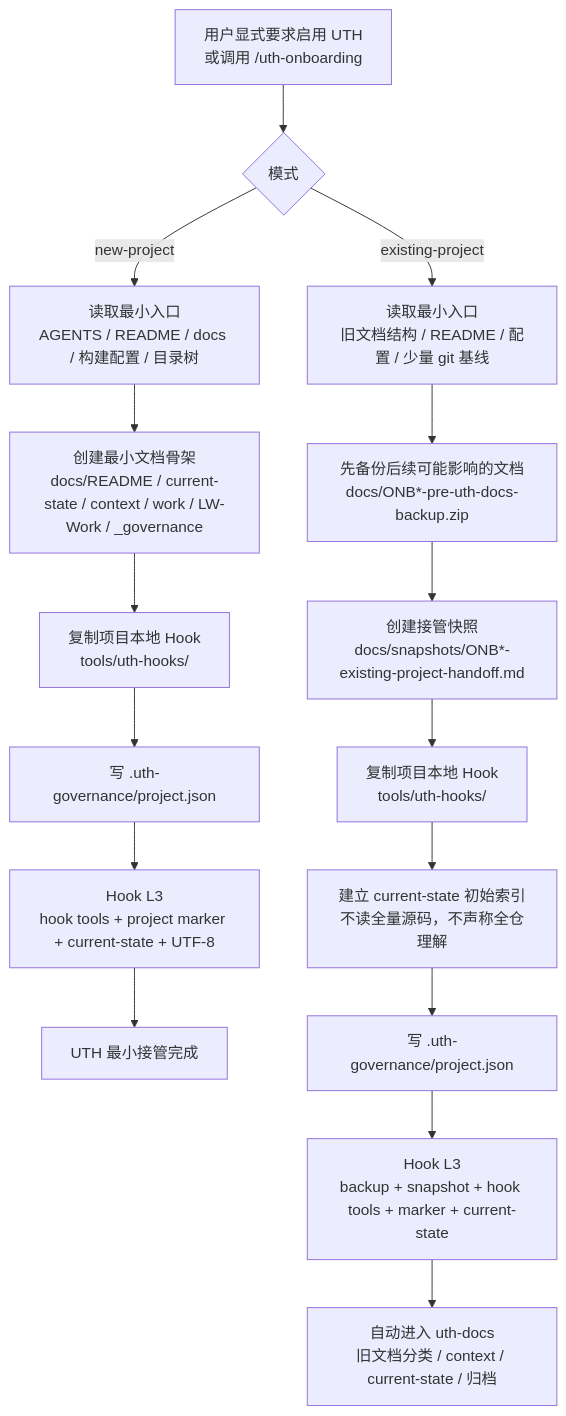
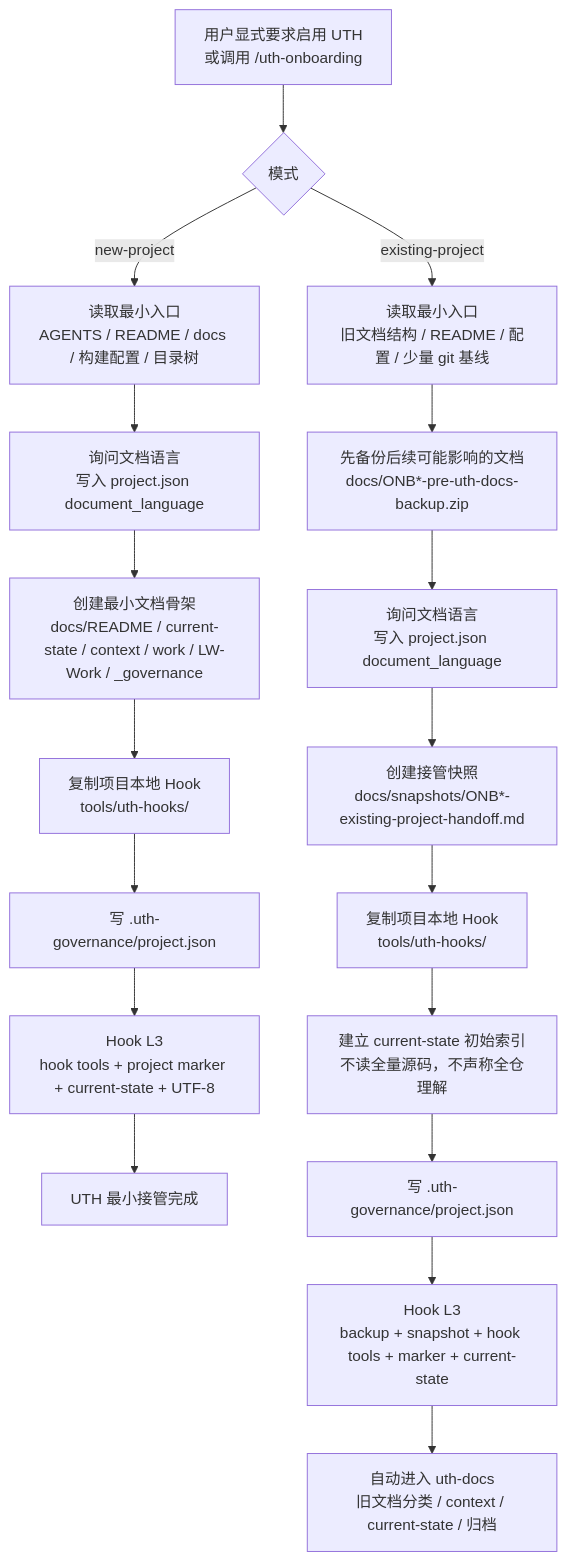
The fourth of 13 diagrams in docs/FLOW_全链路流程图.md (undertaker33/uth-governance), drawn with Mermaid before and after one commit. The commit also changed other lines of this file and 17 other files, not shown here.

Commit message:
chore: persist governance document language preference

````diff
--- a/docs/FLOW_全链路流程图.md
+++ b/docs/FLOW_全链路流程图.md
@@ -91,20 +91,22 @@
 ```mermaid
 flowchart TD
     A["用户显式要求启用 UTH<br/>或调用 /uth-onboarding"] --> B{"模式"}
     B -- "new-project" --> C["读取最小入口<br/>AGENTS / README / docs / 构建配置 / 目录树"]
     B -- "existing-project" --> D["读取最小入口<br/>旧文档结构 / README / 配置 / 少量 git 基线"]
 
-    C --> E["创建最小文档骨架<br/>docs/README / current-state / context / work / LW-Work / _governance"]
+    C --> E0["询问文档语言<br/>写入 project.json document_language"]
+    E0 --> E["创建最小文档骨架<br/>docs/README / current-state / context / work / LW-Work / _governance"]
     E --> F["复制项目本地 Hook<br/>tools/uth-hooks/"]
     F --> G["写 .uth-governance/project.json"]
     G --> H1["Hook L3<br/>hook tools + project marker + current-state + UTF-8"]
     H1 --> H["UTH 最小接管完成"]
 
     D --> I["先备份后续可能影响的文档<br/>docs/ONB*-pre-uth-docs-backup.zip"]
-    I --> J["创建接管快照<br/>docs/snapshots/ONB*-existing-project-handoff.md"]
+    I --> I0["询问文档语言<br/>写入 project.json document_language"]
+    I0 --> J["创建接管快照<br/>docs/snapshots/ONB*-existing-project-handoff.md"]
     J --> K["复制项目本地 Hook<br/>tools/uth-hooks/"]
     K --> L["建立 current-state 初始索引<br/>不读全量源码，不声称全仓理解"]
     L --> M["写 .uth-governance/project.json"]
     M --> M1["Hook L3<br/>backup + snapshot + hook tools + marker + current-state"]
     M1 --> N["自动进入 uth-docs<br/>旧文档分类 / context / current-state / 归档"]
 ```
````
